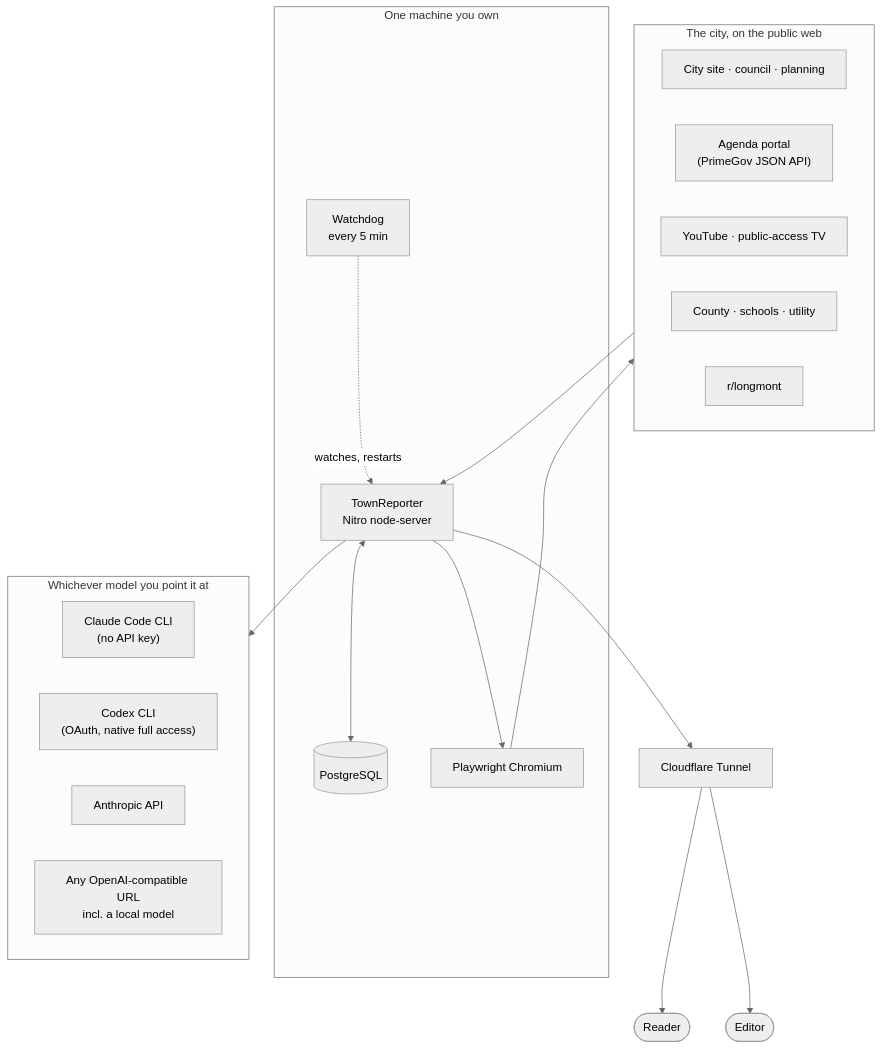
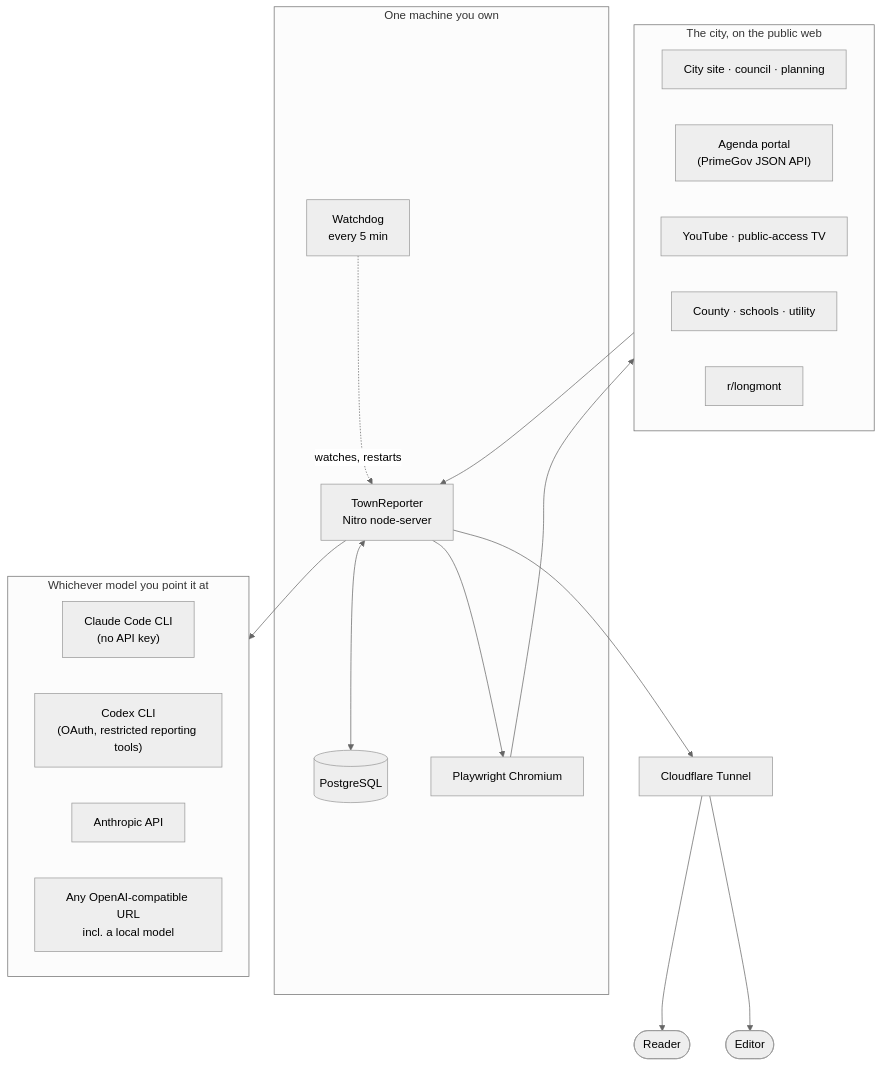
Before and after one commit to scottconverse/TownReporter: the diagram in docs/diagrams/system-context.mmd, drawn with Mermaid (neutral theme). The commit also changed 6 other files, not shown here.

```diff
--- a/docs/diagrams/system-context.mmd
+++ b/docs/diagrams/system-context.mmd
@@ -1,35 +1,35 @@
 flowchart TB
     subgraph outside["The city, on the public web"]
         CITY["City site · council · planning"]
         PORTAL["Agenda portal<br/>(PrimeGov JSON API)"]
         TAPE["YouTube · public-access TV"]
         COUNTY["County · schools · utility"]
         REDDIT["r/longmont"]
     end
 
     subgraph machine["One machine you own"]
         APP["TownReporter<br/>Nitro node-server"]
         DB[("PostgreSQL")]
         PW["Playwright Chromium"]
         WD["Watchdog<br/>every 5 min"]
     end
 
     subgraph models["Whichever model you point it at"]
         CC["Claude Code CLI<br/>(no API key)"]
-        CX["Codex CLI<br/>(OAuth, native full access)"]
+        CX["Codex CLI<br/>(OAuth, restricted reporting tools)"]
         API["Anthropic API"]
         OAI["Any OpenAI-compatible URL<br/>incl. a local model"]
     end
 
     READER(["Reader"])
     EDITOR(["Editor"])
 
     outside --> APP
     APP <--> DB
     APP --> PW
     PW --> outside
     APP --> models
     WD -.watches, restarts.-> APP
     APP --> TUNNEL["Cloudflare Tunnel"]
     TUNNEL --> READER
     TUNNEL --> EDITOR
```
